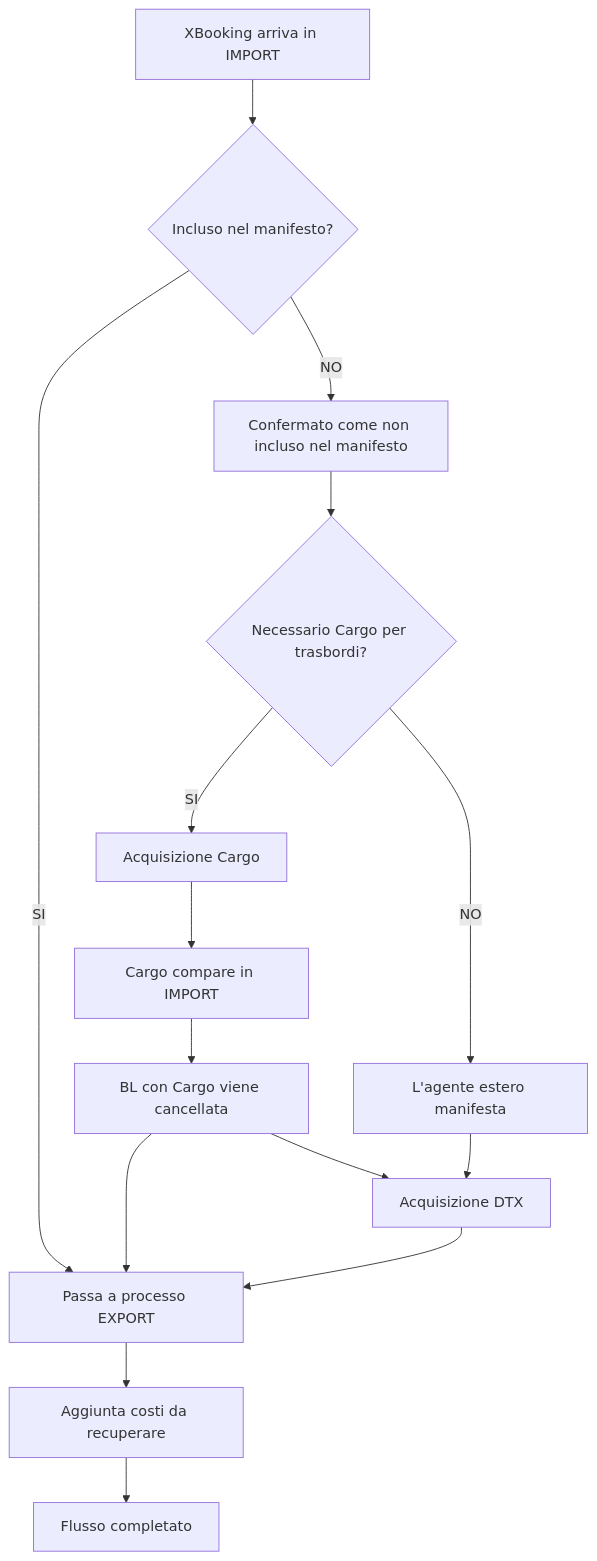
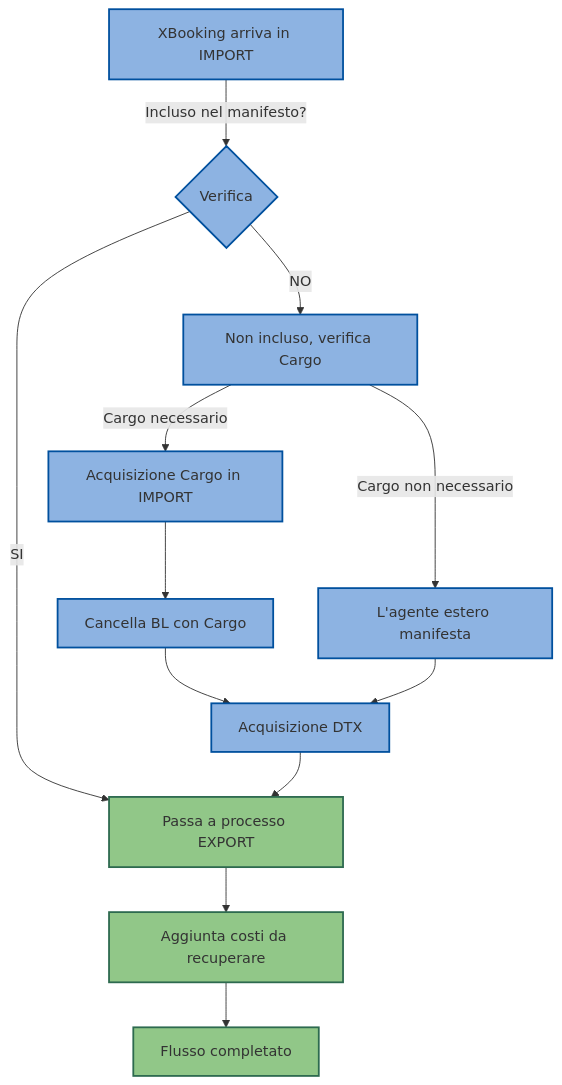
Before and after one commit to grellag/Project_Python: the diagram in DCC_XBooking/Flow.MD, drawn with Mermaid.

Commit message:
Aggiunti i colori per distinguere Import da Export

````diff
--- a/DCC_XBooking/Flow.MD
+++ b/DCC_XBooking/Flow.MD
@@ -3,19 +3,17 @@
 ```mermaid
 graph TD;
-    A[XBooking arriva in IMPORT] --> B{Incluso nel manifesto?};
-    B -- NO --> C[Confermato come non incluso nel manifesto];
-    B -- SI --> L[Passa a processo EXPORT];
-    C --> D{Necessario Cargo per trasbordi?};
-    D -- SI --> E[Acquisizione Cargo];
-    E --> F[Cargo compare in IMPORT];
-    D -- NO --> G[L'agente estero manifesta];
-    F --> H[BL con Cargo viene cancellata];
-    H --> I[Acquisizione DTX];
-    H --> L;
-    G --> I;
+    A["XBooking arriva in IMPORT"]:::import -->|Incluso nel manifesto?| B{Verifica}:::import;
+    B -- SI --> L["Passa a processo EXPORT"]:::export;
+    B -- NO --> C["Non incluso, verifica Cargo"]:::import;
+    
+    C -- Cargo necessario --> E["Acquisizione Cargo in IMPORT"]:::import --> H["Cancella BL con Cargo"]:::import --> I["Acquisizione DTX"]:::import;
+    C -- Cargo non necessario --> G["L'agente estero manifesta"]:::import --> I;
+    
     I --> L;
-    L --> J[Aggiunta costi da recuperare];
-    J --> K[Flusso completato];
+    L --> J["Aggiunta costi da recuperare"]:::export --> K["Flusso completato"]:::export;
+
+    classDef import fill:#8db3e2,stroke:#00509e,stroke-width:2px;
+    classDef export fill:#91c788,stroke:#2d6a4f,stroke-width:2px;
 
 
 ```
````
